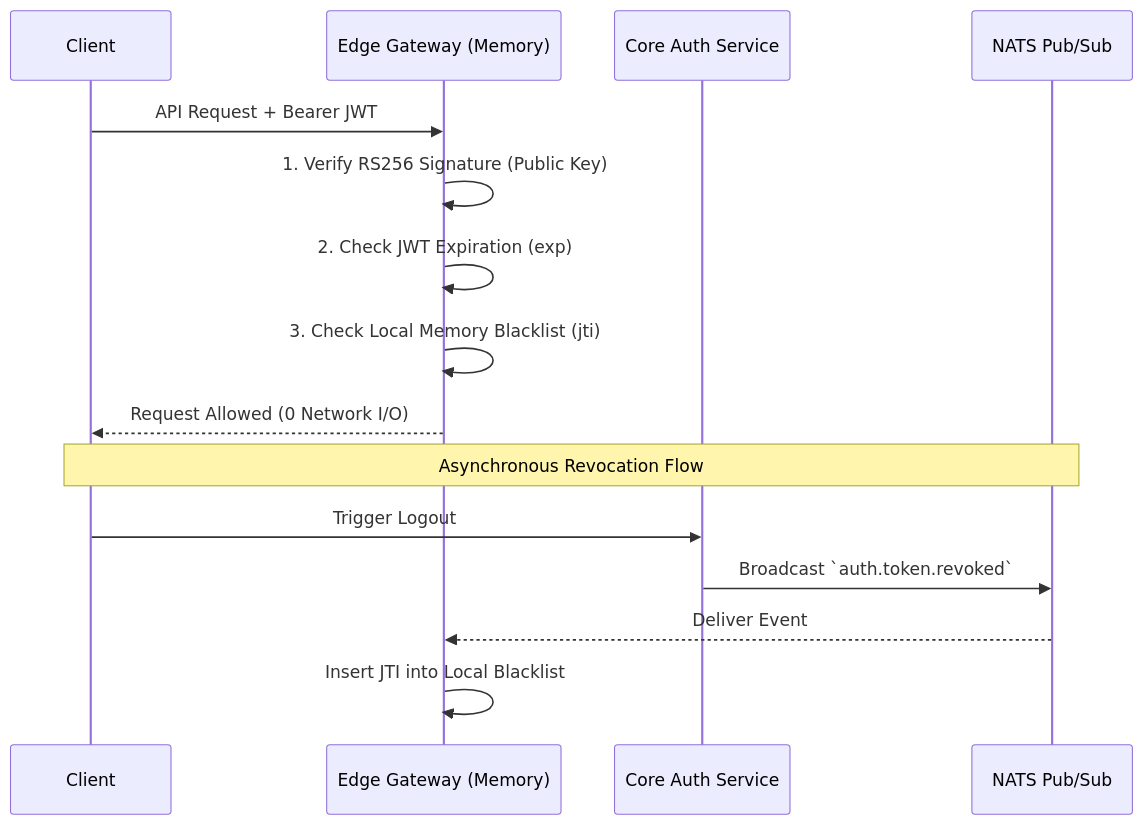
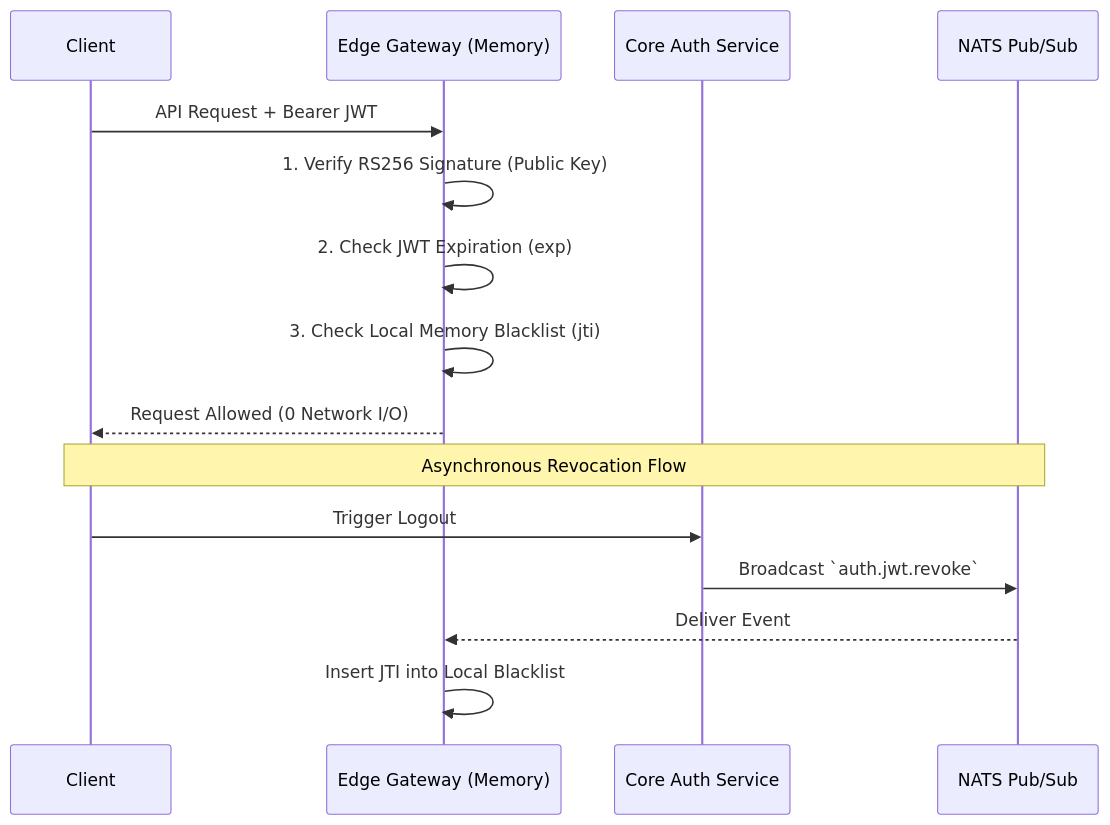
The diagram in i18n/zh-CN/docusaurus-plugin-content-docs/current/devdocs/Auth Service/understanding-zero-io-authentication.md (JamesWilson19970101/ocean.chat.docs), drawn with Mermaid before and after one commit. The commit also changed other lines of this file and 11 other files, not shown here.

First line of the commit message:
docs: align numeric facts across architecture docs

````diff
--- a/i18n/zh-CN/docusaurus-plugin-content-docs/current/devdocs/Auth Service/understanding-zero-io-authentication.md
+++ b/i18n/zh-CN/docusaurus-plugin-content-docs/current/devdocs/Auth Service/understanding-zero-io-authentication.md
@@ -62,19 +62,19 @@
 ```mermaid
 sequenceDiagram
     participant Client
     participant API_Gateway as Edge Gateway (Memory)
     participant Auth_Service as Core Auth Service
     participant NATS as NATS Pub/Sub
 
     Client->>API_Gateway: API Request + Bearer JWT
     API_Gateway->>API_Gateway: 1. Verify RS256 Signature (Public Key)
     API_Gateway->>API_Gateway: 2. Check JWT Expiration (exp)
     API_Gateway->>API_Gateway: 3. Check Local Memory Blacklist (jti)
     API_Gateway-->>Client: Request Allowed (0 Network I/O)
 
     Note over Client, NATS: Asynchronous Revocation Flow
     Client->>Auth_Service: Trigger Logout
-    Auth_Service->>NATS: Broadcast `auth.token.revoked`
+    Auth_Service->>NATS: Broadcast `auth.jwt.revoke`
     NATS-->>API_Gateway: Deliver Event
     API_Gateway->>API_Gateway: Insert JTI into Local Blacklist
 ```
````
